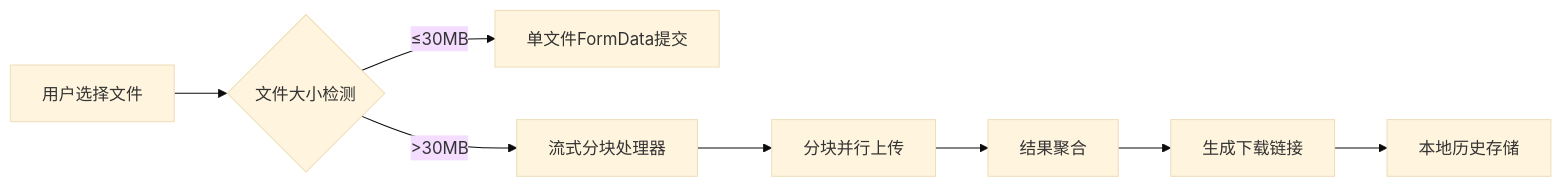
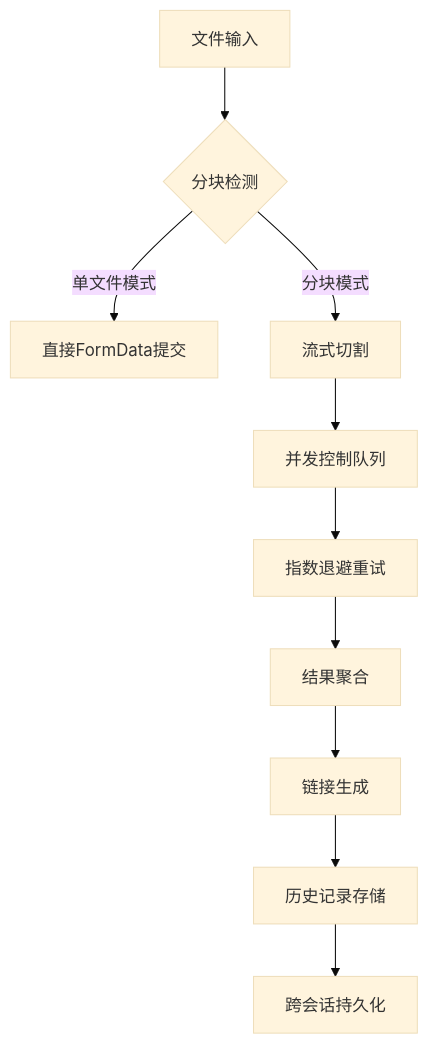
Before and after one commit to CJackHwang/Chunkuposs: the diagram in README_CN.md, drawn with Mermaid (base theme). The commit also changed other lines of this file and 1 other file, not shown here.

Commit message:
更新README_CN.md，增加v5.0+核心功能和技术增强说明，优化使用指南和系统架构图

````diff
--- a/README_CN.md
+++ b/README_CN.md
@@ -105,10 +107,12 @@
 ```mermaid
-graph LR
-    A[用户选择文件] --> B{文件大小检测}
-    B -->|≤30MB| C[单文件FormData提交]
-    B -->|>30MB| D[流式分块处理器]
-    D --> E[分块并行上传]
-    E --> F[结果聚合]
-    F --> G[生成下载链接]
-    G --> H[本地历史存储]
+graph TD
+    A[文件输入] --> B{分块检测}
+    B -->|单文件模式| C[直接FormData提交]
+    B -->|分块模式| D[流式切割]
+    D --> E[并发控制队列]
+    E --> F[指数退避重试]
+    F --> G[结果聚合]
+    G --> H[链接生成]
+    H --> I[历史记录存储]
+    I --> J[跨会话持久化]
 ```
````
